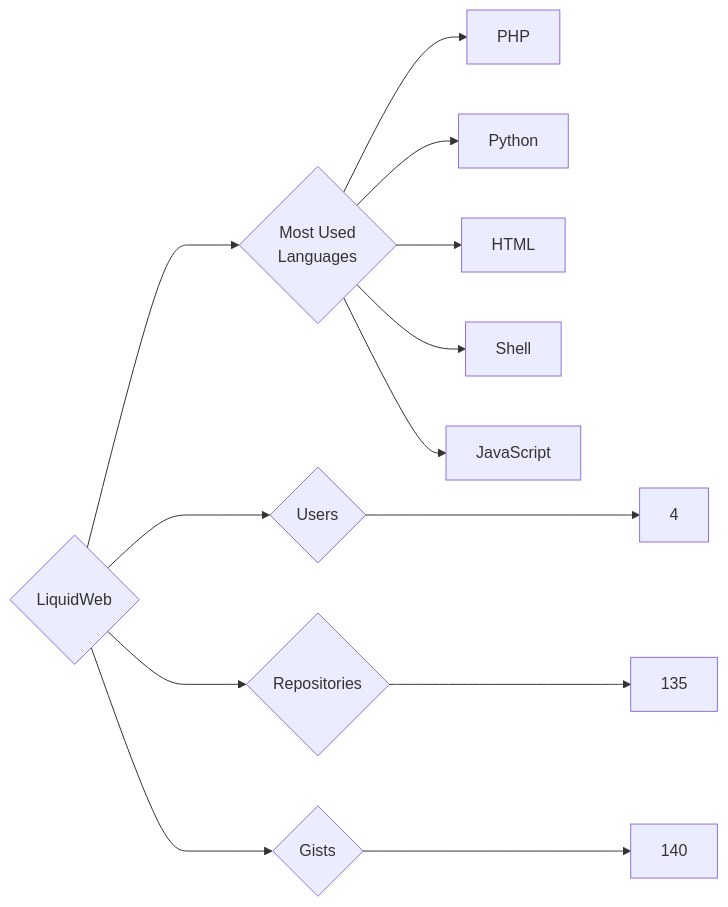
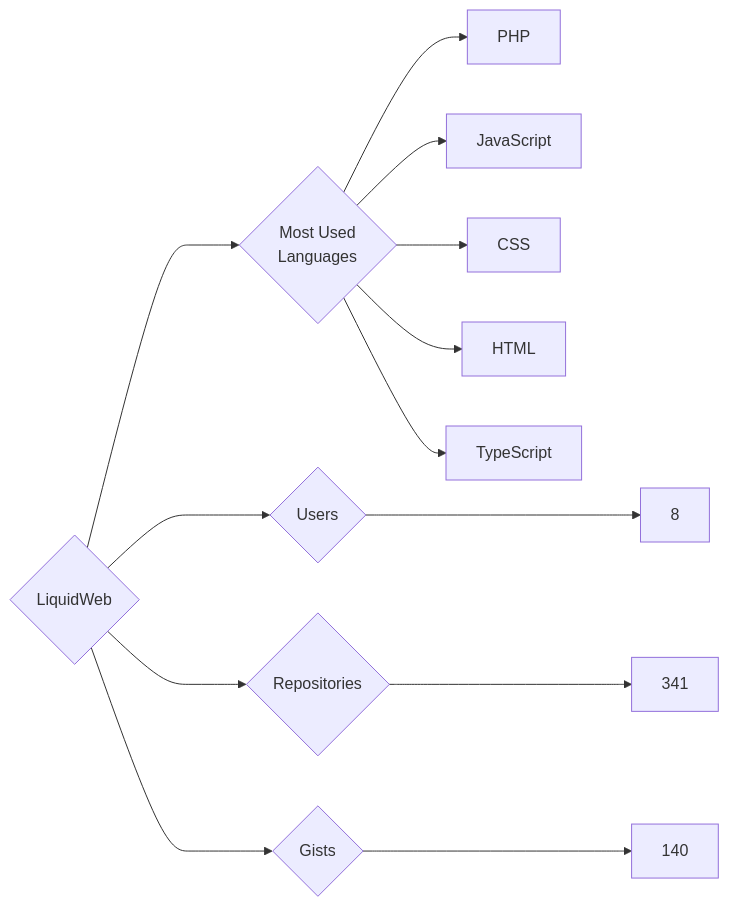
One commit to trickest/insiders changed the diagram in targets/LiquidWeb/README.md. Above: the diagram before and after it, drawn with Mermaid. The commit also changed 934 other files, not shown here.

````diff
--- a/targets/LiquidWeb/README.md
+++ b/targets/LiquidWeb/README.md
@@ -3,13 +3,13 @@
 ```mermaid
 graph LR
 COMPANY_NAME{LiquidWeb}
-COMPANY_NAME ---> U{Users} ---> UN[4]
-COMPANY_NAME ---> R{Repositories} ---> RN[135]
+COMPANY_NAME ---> U{Users} ---> UN[8]
+COMPANY_NAME ---> R{Repositories} ---> RN[341]
 COMPANY_NAME ---> G{Gists} ---> GN[140]
 COMPANY_NAME ---> ML{Most Used<br>Languages}
 ML --> PHP[PHP]
-ML --> Python[Python]
+ML --> JavaScript[JavaScript]
+ML --> CSS[CSS]
 ML --> HTML[HTML]
-ML --> Shell[Shell]
-ML --> JavaScript[JavaScript]
+ML --> TypeScript[TypeScript]
 ```
````
